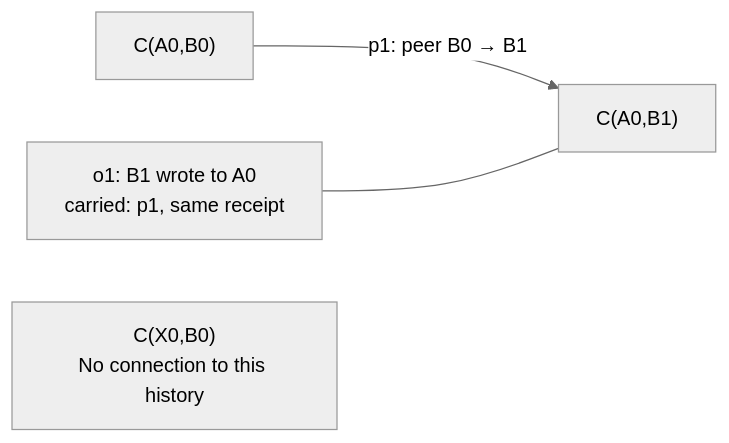
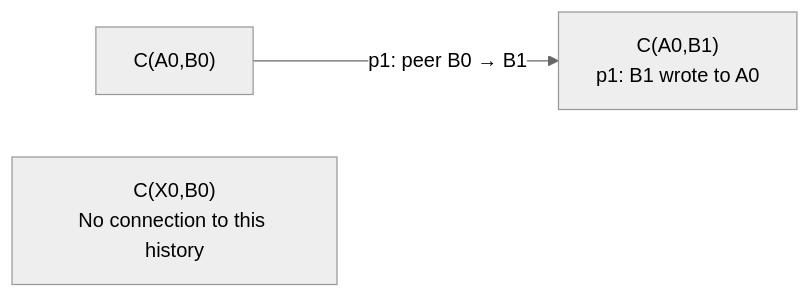
Before and after one commit to estoc-dev/estoc: the second of 18 diagrams in packages/continuity/docs/guide.md, drawn with Mermaid (neutral theme). The commit also changed other lines of this file and 32 other files, not shown here.

````diff
--- a/packages/continuity/docs/guide.md
+++ b/packages/continuity/docs/guide.md
@@ -56,6 +60,5 @@
 ```mermaid
 flowchart LR
-    C00["C(A0,B0)"] -->|"p1: peer B0 → B1"| C01["C(A0,B1)"]
-    O1["o1: B1 wrote to A0<br/>carried: p1, same receipt"] --- C01
+    C00["C(A0,B0)"] -->|"p1: peer B0 → B1"| C01["C(A0,B1)<br/>p1: B1 wrote to A0"]
     CX["C(X0,B0)<br/>No connection to this history"]
 ```
````
